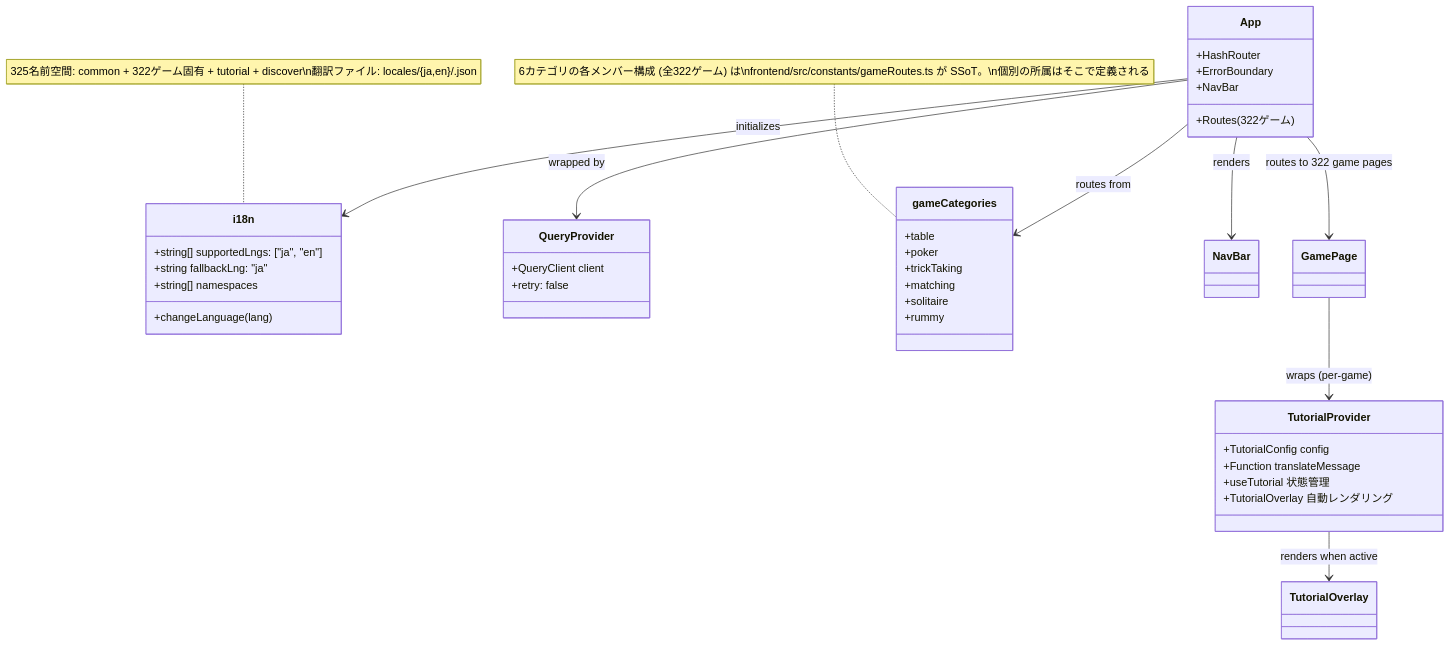
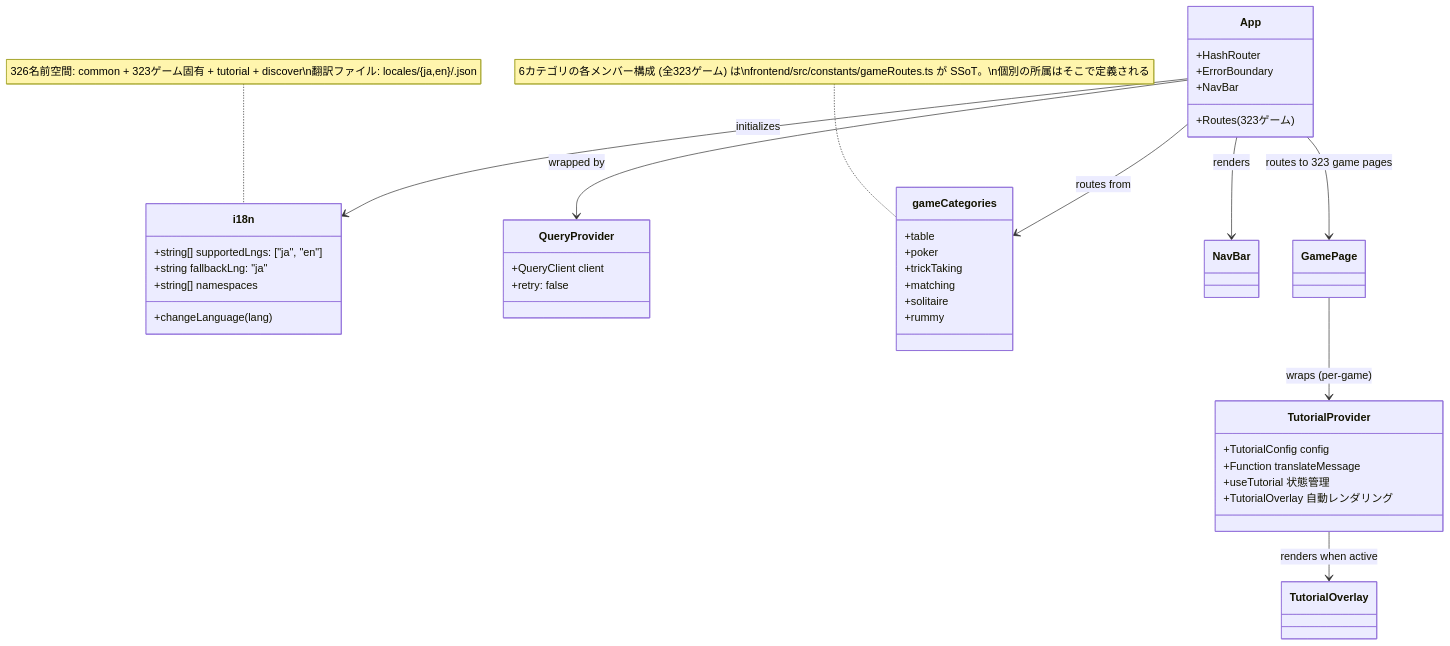
The ninth of 49 diagrams in docs/design/frontend.md (yuta-yoshinaga/go_trumpcards), drawn with Mermaid before and after one commit. The commit also changed other lines of this file and 71 other files, not shown here.

````diff
--- a/docs/design/frontend.md
+++ b/docs/design/frontend.md
@@ -1874,48 +1874,48 @@
 ```mermaid
 classDiagram
     class i18n {
         +string[] supportedLngs: ["ja", "en"]
         +string fallbackLng: "ja"
         +string[] namespaces
         +changeLanguage(lang)
     }
 
     class QueryProvider {
         +QueryClient client
         +retry: false
     }
 
     class App {
         +HashRouter
         +ErrorBoundary
         +NavBar
-        +Routes (322ゲーム)
+        +Routes (323ゲーム)
     }
 
     class gameCategories {
         +table
         +poker
         +trickTaking
         +matching
         +solitaire
         +rummy
     }
-    note for gameCategories "6カテゴリの各メンバー構成 (全322ゲーム) は\nfrontend/src/constants/gameRoutes.ts が SSoT。\n個別の所属はそこで定義される"
+    note for gameCategories "6カテゴリの各メンバー構成 (全323ゲーム) は\nfrontend/src/constants/gameRoutes.ts が SSoT。\n個別の所属はそこで定義される"
 
     class TutorialProvider {
         +TutorialConfig config
         +Function translateMessage
         +useTutorial 状態管理
         +TutorialOverlay 自動レンダリング
     }
 
     App --> QueryProvider : wrapped by
     App --> i18n : initializes
     App --> gameCategories : routes from
     App --> NavBar : renders
-    App --> GamePage : routes to 322 game pages
+    App --> GamePage : routes to 323 game pages
     GamePage --> TutorialProvider : wraps (per-game)
     TutorialProvider --> TutorialOverlay : renders when active
 
-    note for i18n "325名前空間: common + 322ゲーム固有 + tutorial + discover\n翻訳ファイル: locales/{ja,en}/<game>.json"
+    note for i18n "326名前空間: common + 323ゲーム固有 + tutorial + discover\n翻訳ファイル: locales/{ja,en}/<game>.json"
 ```
````
